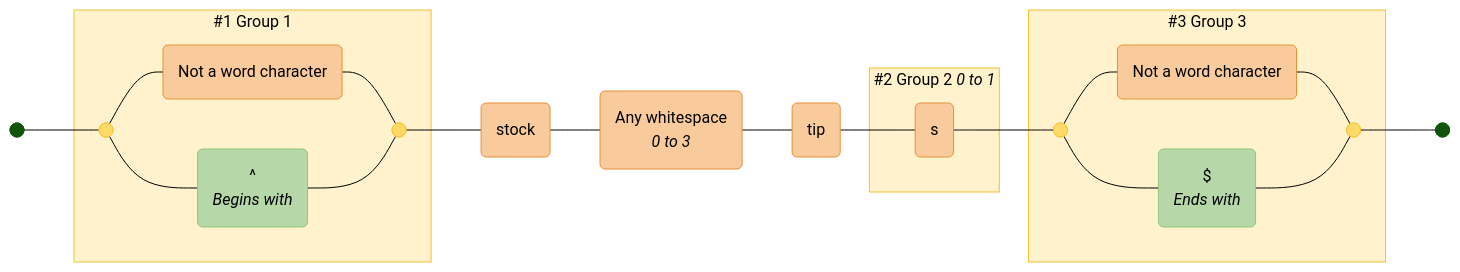
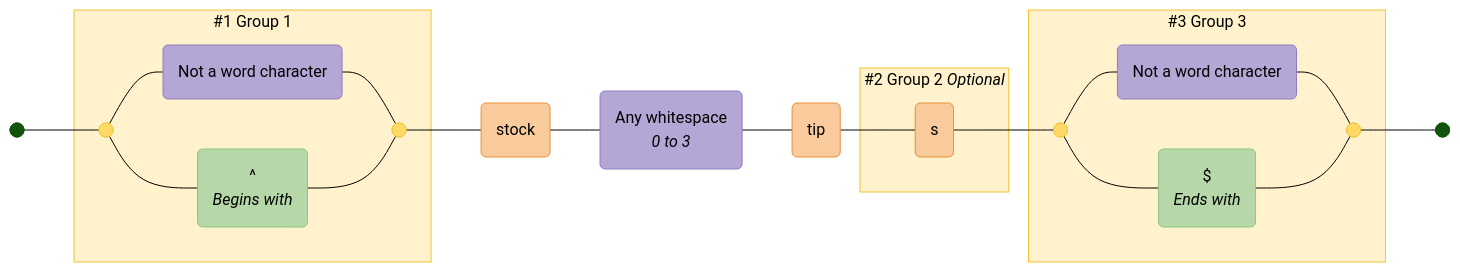
The diagram in diagrams/stocks.mermaid (tayles/regex-to-mermaid), drawn with Mermaid (forest theme) before and after one commit. The commit also changed 53 other files, not shown here.

```diff
--- a/diagrams/stocks.mermaid
+++ b/diagrams/stocks.mermaid
@@ -1,67 +1,68 @@
 graph LR
   accTitle: "Regex: /(\\W|^)stock\\s{0,3}tip(s){0,1}(\\W|$)/gim"
-  accDescr: "Generated with regex-to-mermaid@1.0.4"
+  accDescr: "Generated with regex-to-mermaid@1.1.0"
 
   %% Nodes
   start@{ shape: f-circ };
   fin@{ shape: f-circ };
   disjunction_begin_1:::disjunction@{ shape: f-circ };
   disjunction_end_1:::disjunction@{ shape: f-circ };
-  literal_1("Not a word character"):::literal;
+  char_class_1("Not a word character"):::char-class;
   assertion_1("^<br><i>Begins with</i>"):::assertion;
-  literal_2("stock"):::literal;
-  literal_3("Any whitespace<br><i>0 to 3</i>"):::literal;
-  literal_4("tip"):::literal;
-  literal_5("s"):::literal;
+  literal_1("stock"):::literal;
+  char_class_2("Any whitespace<br><i>0 to 3</i>"):::char-class;
+  literal_2("tip"):::literal;
+  literal_3("s"):::literal;
   disjunction_begin_2:::disjunction@{ shape: f-circ };
   disjunction_end_2:::disjunction@{ shape: f-circ };
-  literal_6("Not a word character"):::literal;
+  char_class_3("Not a word character"):::char-class;
   assertion_2("$<br><i>Ends with</i>"):::assertion;
 
   %% Subgraphs
   subgraph standard_1 ["#1 Group 1"]
     disjunction_begin_1
     disjunction_end_1
-    literal_1
+    char_class_1
     assertion_1
   end
 
-  subgraph standard_2 ["#2 Group 2 <i>0 to 1</i>"]
-    literal_5
+  subgraph standard_2 ["#2 Group 2 <i>Optional</i>"]
+    literal_3
   end
 
   subgraph standard_3 ["#3 Group 3"]
     disjunction_begin_2
     disjunction_end_2
-    literal_6
+    char_class_3
     assertion_2
   end
 
   %% Edges
   start --- disjunction_begin_1;
-  disjunction_begin_1 --- literal_1;
-  literal_1 --- disjunction_end_1;
+  disjunction_begin_1 --- char_class_1;
+  char_class_1 --- disjunction_end_1;
   disjunction_begin_1 --- assertion_1;
   assertion_1 --- disjunction_end_1;
-  disjunction_end_1 --- literal_2;
+  disjunction_end_1 --- literal_1;
+  literal_1 --- char_class_2;
+  char_class_2 --- literal_2;
   literal_2 --- literal_3;
-  literal_3 --- literal_4;
-  literal_4 --- literal_5;
-  literal_5 --- disjunction_begin_2;
-  disjunction_begin_2 --- literal_6;
-  literal_6 --- disjunction_end_2;
+  literal_3 --- disjunction_begin_2;
+  disjunction_begin_2 --- char_class_3;
+  char_class_3 --- disjunction_end_2;
   disjunction_begin_2 --- assertion_2;
   assertion_2 --- disjunction_end_2;
   disjunction_end_2 --- fin;
 
   %% Styles
   %% Node Styling
   classDef disjunction fill:#FFD966,stroke:#F1C232,color:#000000;
+  classDef char-class fill:#B4A7D6,stroke:#8E7CC3,color:#000000;
+  classDef assertion fill:#B6D7A8,stroke:#93C47D,color:#000000;
   classDef literal fill:#F9CB9C,stroke:#E69138,color:#000000;
-  classDef assertion fill:#B6D7A8,stroke:#93C47D,color:#000000;
 
   %% Group Styling
   classDef standard fill:#FFF2CC,stroke:#F1C232,color:#000000;
 
   %% Apply Group Classes
   class standard_1,standard_2,standard_3 standard;
```
